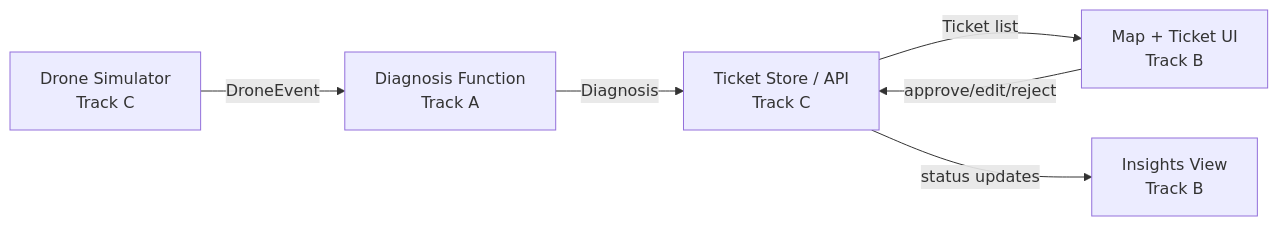
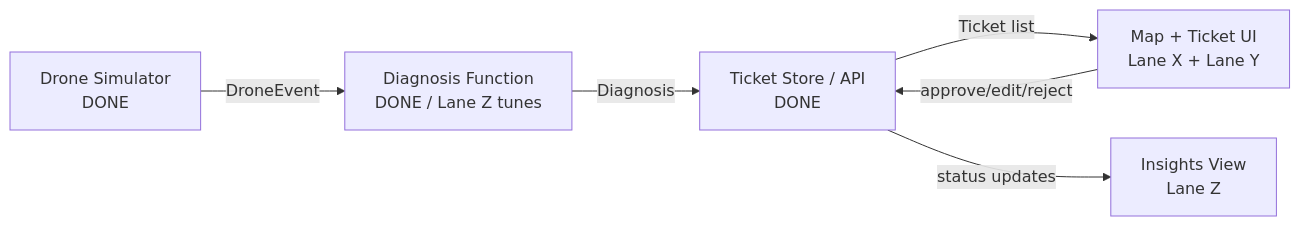
One commit to IceBear-2000/AUT-AI-Hackthon changed the diagram in PROJECT_SPEC.md. Above: the diagram before and after it, drawn with Mermaid. The commit also changed other lines of this file and 5 other files, not shown here.

````diff
--- a/PROJECT_SPEC.md
+++ b/PROJECT_SPEC.md
@@ -127,8 +170,8 @@
 ```mermaid
 flowchart LR
-    A[Drone Simulator<br/>Track C] -->|DroneEvent| B[Diagnosis Function<br/>Track A]
-    B -->|Diagnosis| C[Ticket Store / API<br/>Track C]
-    C -->|Ticket list| D[Map + Ticket UI<br/>Track B]
+    A[Drone Simulator<br/>DONE] -->|DroneEvent| B[Diagnosis Function<br/>DONE / Lane Z tunes]
+    B -->|Diagnosis| C[Ticket Store / API<br/>DONE]
+    C -->|Ticket list| D[Map + Ticket UI<br/>Lane X + Lane Y]
     D -->|approve/edit/reject| C
-    C -->|status updates| E[Insights View<br/>Track B]
+    C -->|status updates| E[Insights View<br/>Lane Z]
 ```
````
